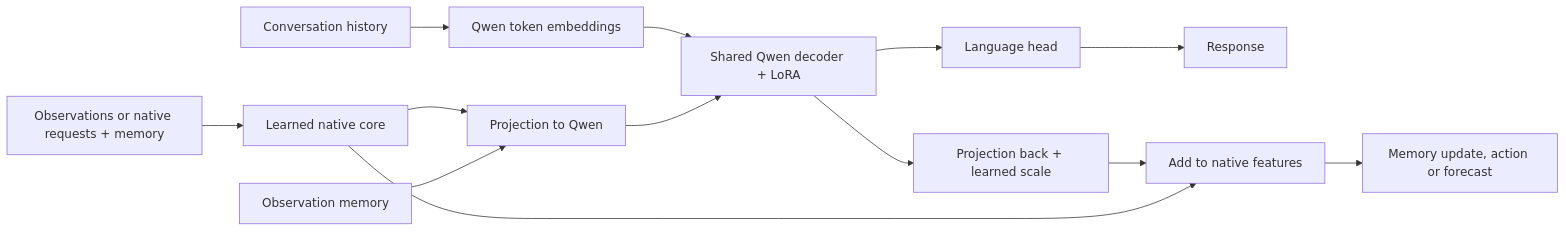
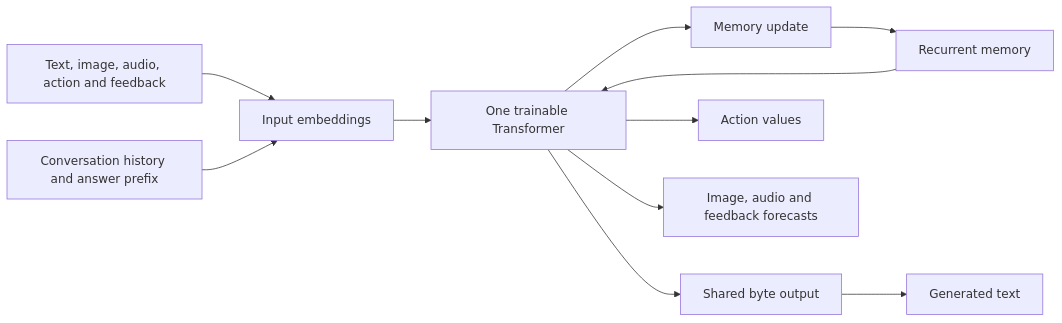
The diagram in docs/language-agent.md (tomato414941/intelligence-representation), drawn with Mermaid before and after one commit. The commit also changed other lines of this file and 6 other files, not shown here.

Commit message:
docs: record single-core correction and language limitations

````diff
--- a/docs/language-agent.md
+++ b/docs/language-agent.md
@@ -15,15 +14,13 @@
 ```mermaid
 flowchart LR
-    C[Conversation history] --> T[Qwen token embeddings]
-    T --> L[Shared Qwen decoder + LoRA]
-    L --> H[Language head]
-    H --> R[Response]
-    O[Observations or native requests + memory] --> N[Learned native core]
-    N --> P[Projection to Qwen]
-    P --> L
-    L --> B[Projection back + learned scale]
-    B --> A[Add to native features]
-    N --> A
-    A --> F[Memory update, action or forecast]
-    M[Observation memory] --> P
+    O[Text, image, audio, action and feedback] --> E[Input embeddings]
+    C[Conversation history and answer prefix] --> E
+    E --> T[One trainable Transformer]
+    M[Recurrent memory] --> T
+    T --> U[Memory update]
+    U --> M
+    T --> L[Shared byte output]
+    L --> R[Generated text]
+    T --> A[Action values]
+    T --> P[Image, audio and feedback forecasts]
 ```
````
